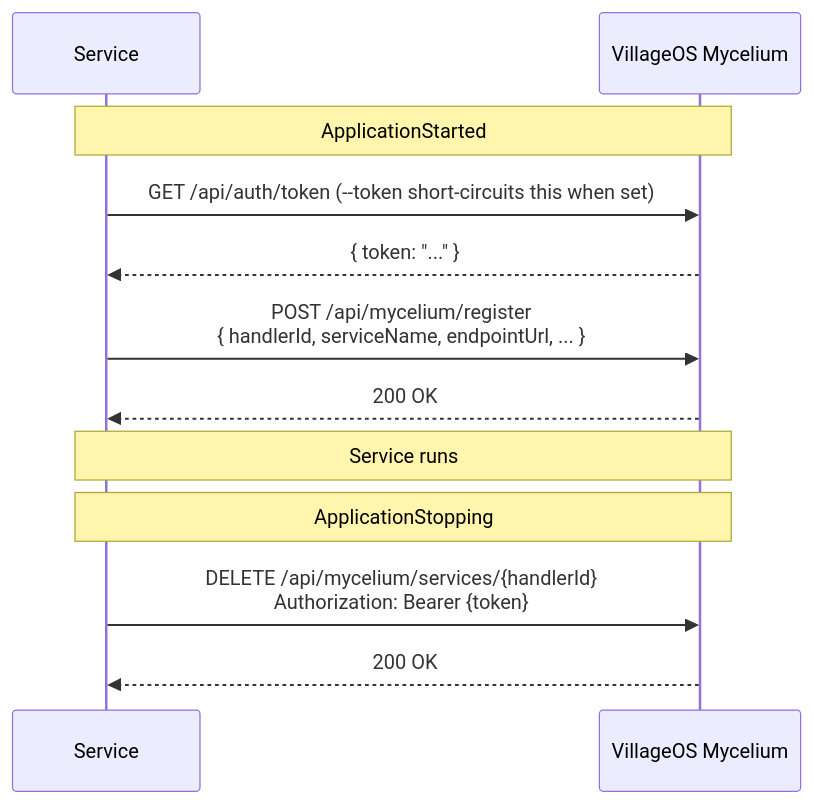
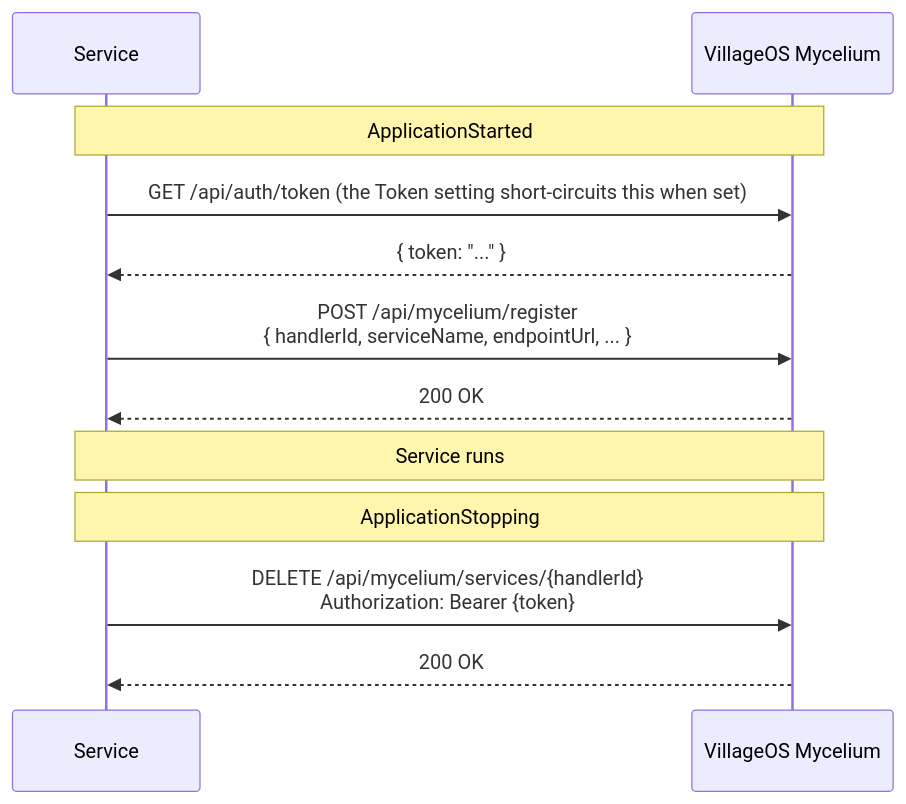
One commit to ReGen-Villages/VillageOS-API changed the first of 3 diagrams in docs/SERVICES.md. Above: the diagram before and after it, drawn with Mermaid. The commit also changed other lines of this file and 12 other files, not shown here.

````diff
--- a/docs/SERVICES.md
+++ b/docs/SERVICES.md
@@ -212,17 +218,17 @@
 ```mermaid
 sequenceDiagram
     participant MS as Service
     participant B  as VillageOS Mycelium
 
     Note over MS,B: ApplicationStarted
-    MS->>B: GET /api/auth/token (--token short-circuits this when set)
+    MS->>B: GET /api/auth/token (the Token setting short-circuits this when set)
     B-->>MS: { token: "..." }
     MS->>B: POST /api/mycelium/register<br/>{ handlerId, serviceName, endpointUrl, ... }
     B-->>MS: 200 OK
 
     Note over MS,B: Service runs
 
     Note over MS,B: ApplicationStopping
     MS->>B: DELETE /api/mycelium/services/{handlerId}<br/>Authorization: Bearer {token}
     B-->>MS: 200 OK
 ```
````
